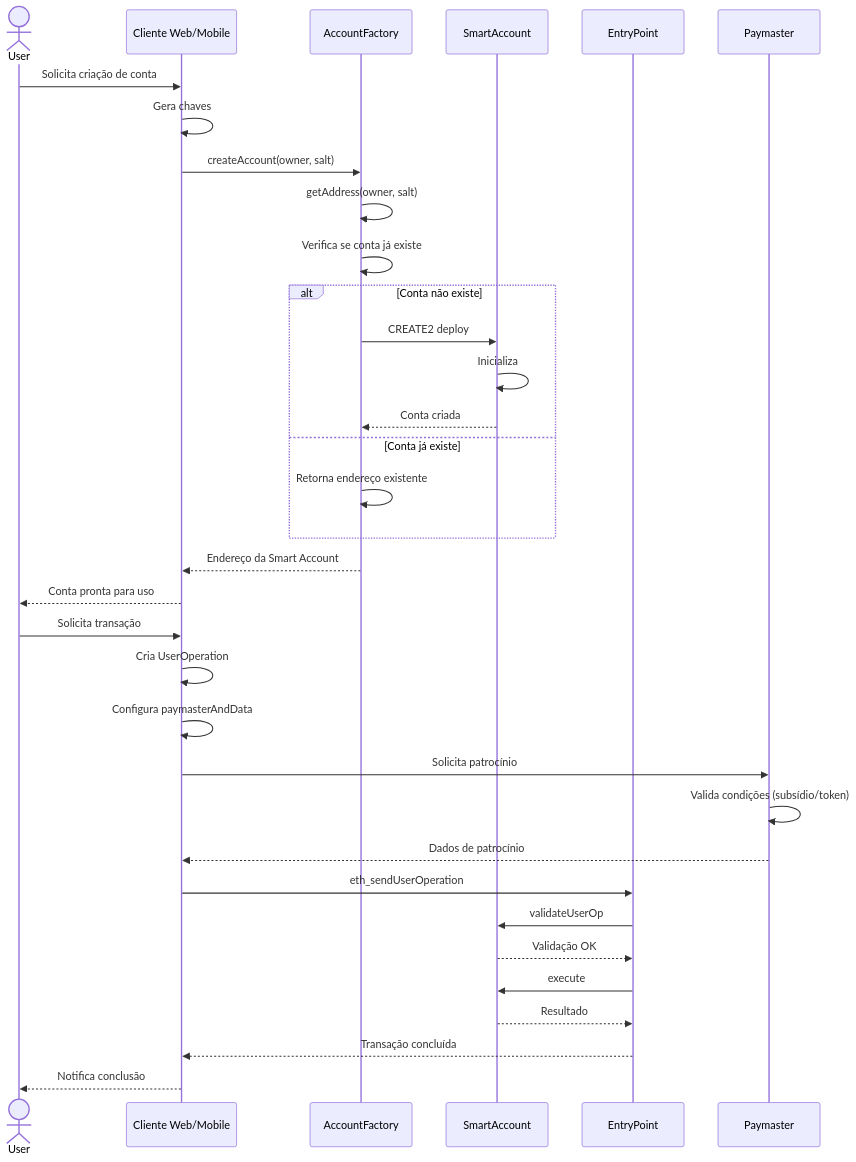
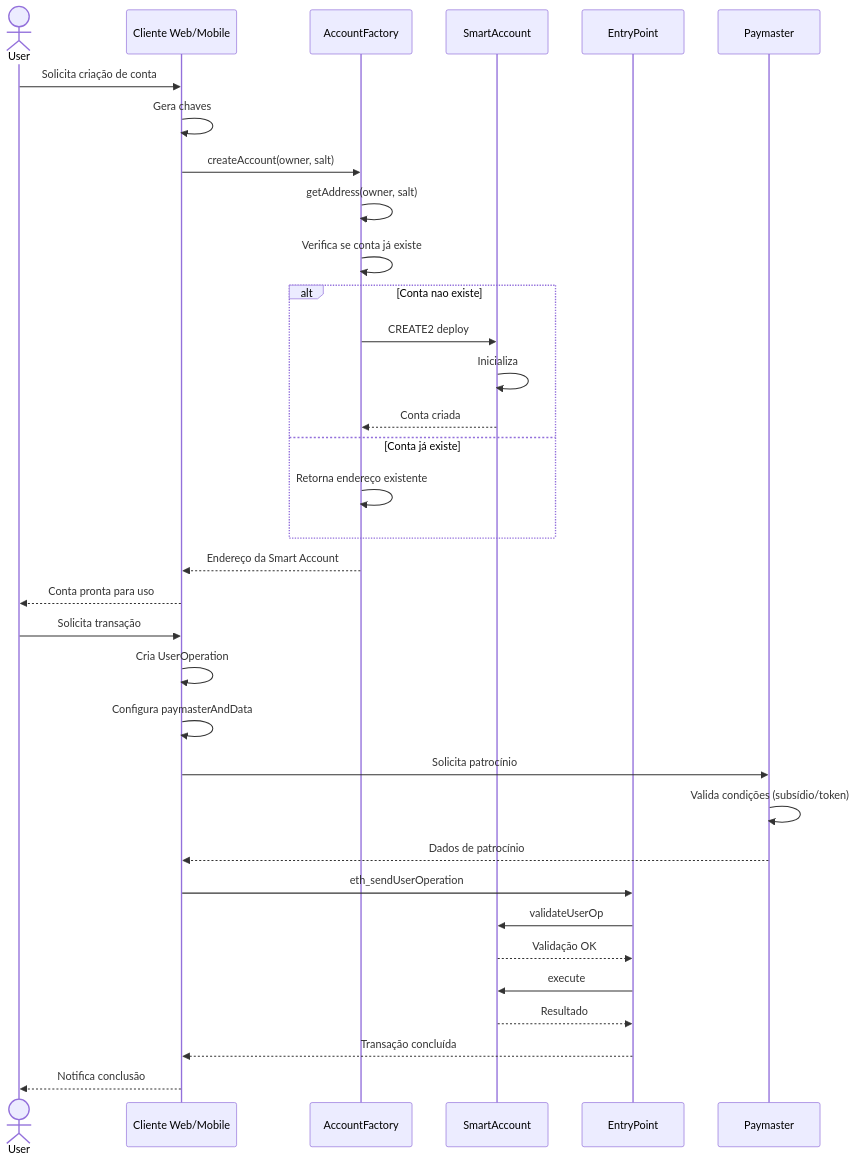
Before and after one commit to govinda777/poc_ERC-4337: the fourth of 8 diagrams in frontend/DIAGRAMS.md, drawn with Mermaid. The commit also changed other lines of this file and 233 other files, not shown here.

````diff
--- a/frontend/DIAGRAMS.md
+++ b/frontend/DIAGRAMS.md
@@ -222,41 +222,41 @@
 ```mermaid
 sequenceDiagram
     actor User
     participant Client as Cliente Web/Mobile
     participant Factory as AccountFactory
     participant SmartAccount
     participant EntryPoint
     participant Paymaster
     
     User->>Client: Solicita criação de conta
     Client->>Client: Gera chaves
     Client->>Factory: createAccount(owner, salt)
     Factory->>Factory: getAddress(owner, salt)
     Factory->>Factory: Verifica se conta já existe
     
-    alt Conta não existe
+    alt Conta nao existe
         Factory->>SmartAccount: CREATE2 deploy
         SmartAccount->>SmartAccount: Inicializa
         SmartAccount-->>Factory: Conta criada
     else Conta já existe
         Factory->>Factory: Retorna endereço existente
     end
     
     Factory-->>Client: Endereço da Smart Account
     Client-->>User: Conta pronta para uso
     
     User->>Client: Solicita transação
     Client->>Client: Cria UserOperation
     Client->>Client: Configura paymasterAndData
     Client->>Paymaster: Solicita patrocínio
     Paymaster->>Paymaster: Valida condições (subsídio/token)
     Paymaster-->>Client: Dados de patrocínio
     
     Client->>EntryPoint: eth_sendUserOperation
     EntryPoint->>SmartAccount: validateUserOp
     SmartAccount-->>EntryPoint: Validação OK
     EntryPoint->>SmartAccount: execute
     SmartAccount-->>EntryPoint: Resultado
     EntryPoint-->>Client: Transação concluída
     Client-->>User: Notifica conclusão
 ```
````
